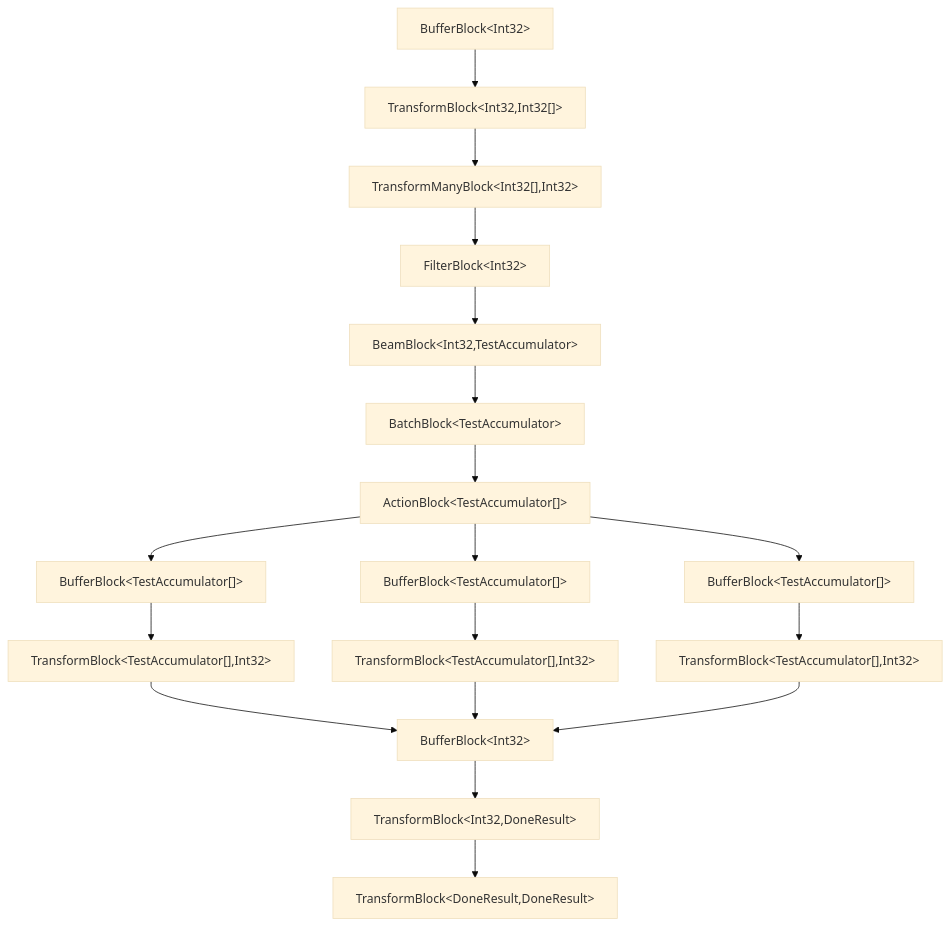
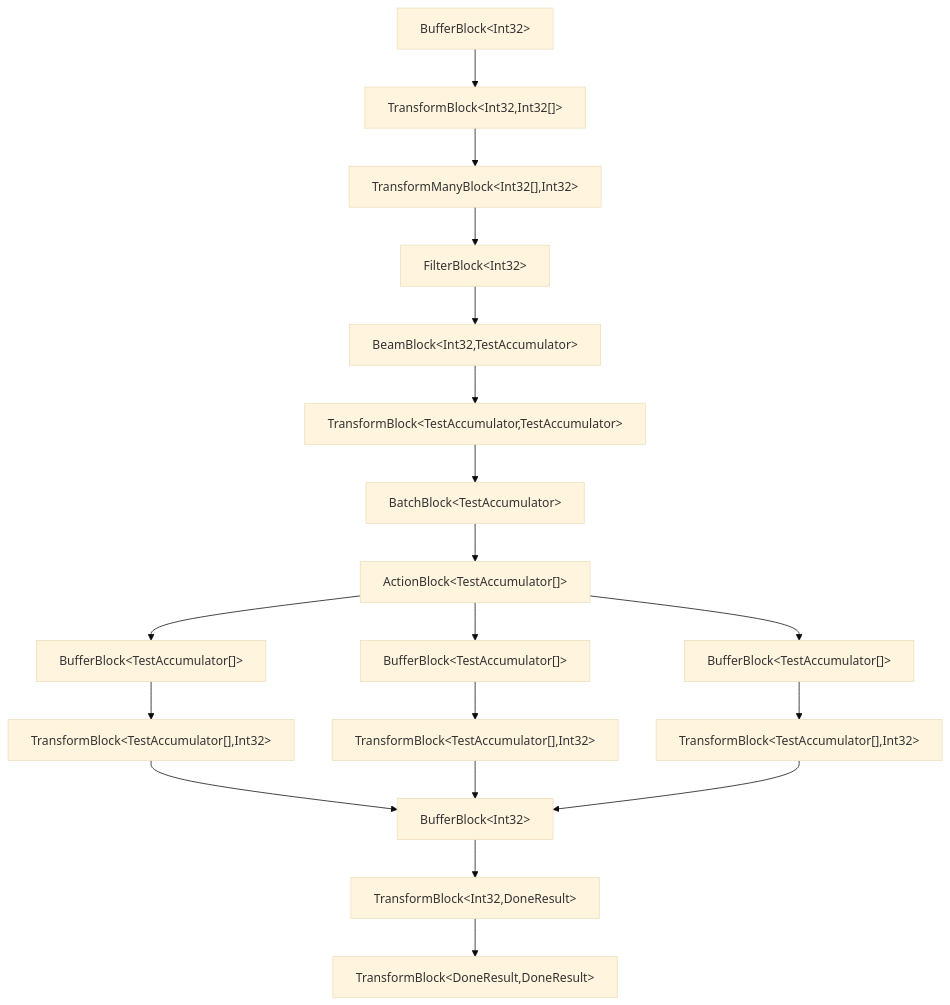
Before and after one commit to hotfix-houdini/block-party: the third of 3 diagrams in README.md, drawn with Mermaid (base theme). The commit also changed other lines of this file and 3 other files, not shown here.

````diff
--- a/README.md
+++ b/README.md
@@ -631,37 +634,39 @@
 ```mermaid
 graph TD
   buffer_0["BufferBlock&lt;Int32&gt;"]
   transform_1["TransformBlock&lt;Int32,Int32[]&gt;"]
   transformMany_2["TransformManyBlock&lt;Int32[],Int32&gt;"]
   filter_3["FilterBlock&lt;Int32&gt;"]
   beam_4["BeamBlock&lt;Int32,TestAccumulator&gt;"]
-  batch_5["BatchBlock&lt;TestAccumulator&gt;"]
-  action_6["ActionBlock&lt;TestAccumulator[]&gt;"]
-  buffer_7["BufferBlock&lt;TestAccumulator[]&gt;"]
-  buffer_9["BufferBlock&lt;TestAccumulator[]&gt;"]
-  buffer_11["BufferBlock&lt;TestAccumulator[]&gt;"]
-  transform_8["TransformBlock&lt;TestAccumulator[],Int32&gt;"]
-  transform_10["TransformBlock&lt;TestAccumulator[],Int32&gt;"]
-  transform_12["TransformBlock&lt;TestAccumulator[],Int32&gt;"]
-  buffer_13["BufferBlock&lt;Int32&gt;"]
-  transform_14["TransformBlock&lt;Int32,DoneResult&gt;"]
-  transform_15["TransformBlock&lt;DoneResult,DoneResult&gt;"]
+  transform_5["TransformBlock&lt;TestAccumulator,TestAccumulator&gt;"]
+  batch_6["BatchBlock&lt;TestAccumulator&gt;"]
+  action_7["ActionBlock&lt;TestAccumulator[]&gt;"]
+  buffer_8["BufferBlock&lt;TestAccumulator[]&gt;"]
+  buffer_10["BufferBlock&lt;TestAccumulator[]&gt;"]
+  buffer_12["BufferBlock&lt;TestAccumulator[]&gt;"]
+  transform_9["TransformBlock&lt;TestAccumulator[],Int32&gt;"]
+  transform_11["TransformBlock&lt;TestAccumulator[],Int32&gt;"]
+  transform_13["TransformBlock&lt;TestAccumulator[],Int32&gt;"]
+  buffer_14["BufferBlock&lt;Int32&gt;"]
+  transform_15["TransformBlock&lt;Int32,DoneResult&gt;"]
+  transform_16["TransformBlock&lt;DoneResult,DoneResult&gt;"]
 
   buffer_0 --> transform_1
   transform_1 --> transformMany_2
   transformMany_2 --> filter_3
   filter_3 --> beam_4
-  beam_4 --> batch_5
-  batch_5 --> action_6
-  action_6 --> buffer_7
-  action_6 --> buffer_9
-  action_6 --> buffer_11
-  buffer_7 --> transform_8
-  buffer_9 --> transform_10
-  buffer_11 --> transform_12
-  transform_8 --> buffer_13
-  transform_10 --> buffer_13
-  transform_12 --> buffer_13
-  buffer_13 --> transform_14
-  transform_14 --> transform_15
+  beam_4 --> transform_5
+  transform_5 --> batch_6
+  batch_6 --> action_7
+  action_7 --> buffer_8
+  action_7 --> buffer_10
+  action_7 --> buffer_12
+  buffer_8 --> transform_9
+  buffer_10 --> transform_11
+  buffer_12 --> transform_13
+  transform_9 --> buffer_14
+  transform_11 --> buffer_14
+  transform_13 --> buffer_14
+  buffer_14 --> transform_15
+  transform_15 --> transform_16
 ```
````
